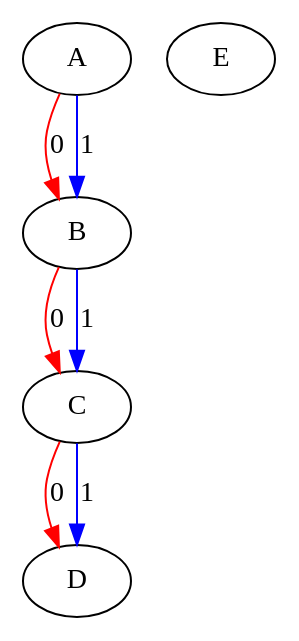
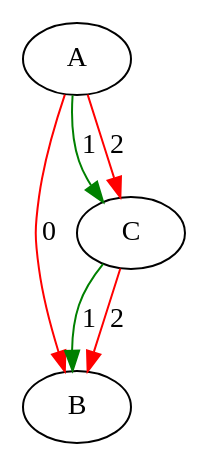
One commit to Hebbe1234/ExpectAll changed the diagram in src/assignedGraphs/assigned.dot. Above: the diagram before and after it, drawn with Graphviz. The commit also changed 2 other files, not shown here.

```diff
--- a/src/assignedGraphs/assigned.dot
+++ b/src/assignedGraphs/assigned.dot
@@ -1,13 +1,10 @@
 digraph "G" {
 A [id=0];
 B [id=1];
 C [id=2];
-D [id=3];
-E [id=4];
 A -> B  [color=red, key=0, label=0];
-A -> B  [color=blue, key=1, label=1];
-B -> C  [color=red, key=0, label=0];
-B -> C  [color=blue, key=1, label=1];
-C -> D  [color=red, key=0, label=0];
-C -> D  [color=blue, key=1, label=1];
+A -> C  [color=green, key=0, label=1];
+A -> C  [color=red, key=1, label=2];
+C -> B  [color=green, key=0, label=1];
+C -> B  [color=red, key=1, label=2];
 }
```
